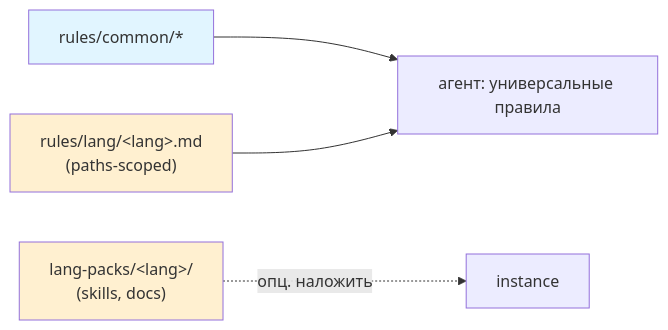
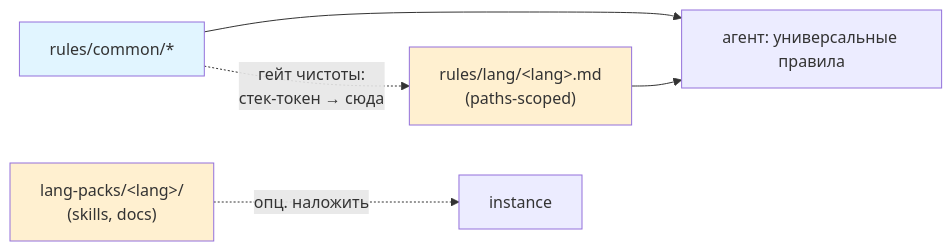
The third of 3 diagrams in docs/architecture.md (kushnirv/harness-engineering), drawn with Mermaid before and after one commit. The commit also changed other lines of this file and 3 other files, not shown here.

````diff
--- a/docs/architecture.md
+++ b/docs/architecture.md
@@ -131,9 +131,10 @@
 ```mermaid
 flowchart LR
     A["rules/common/*"] --> C["агент: универсальные правила"]
     B["rules/lang/&lt;lang&gt;.md<br/>(paths-scoped)"] --> C
     D["lang-packs/&lt;lang&gt;/<br/>(skills, docs)"] -.->|"опц. наложить"| E["instance"]
+    A -.->|"гейт чистоты:<br/>стек-токен → сюда"| B
     style A fill:#e1f5ff
     style B fill:#fff0d0
     style D fill:#fff0d0
 ```
````
